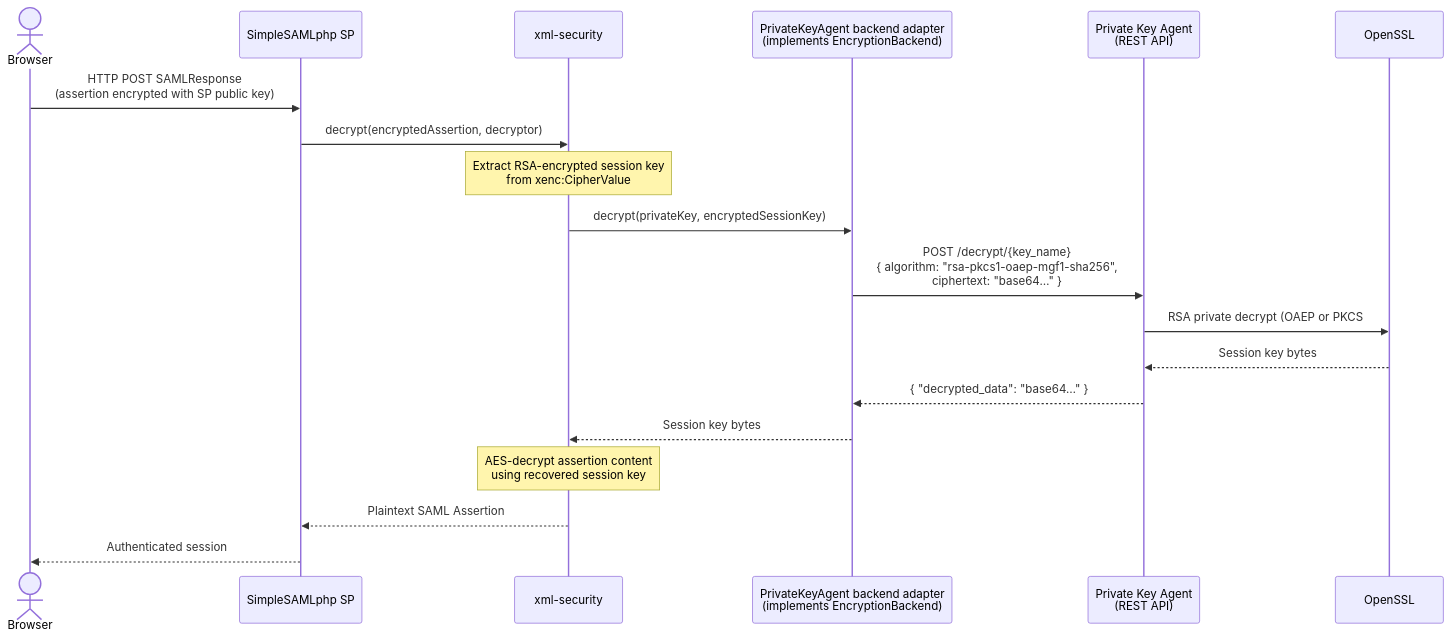
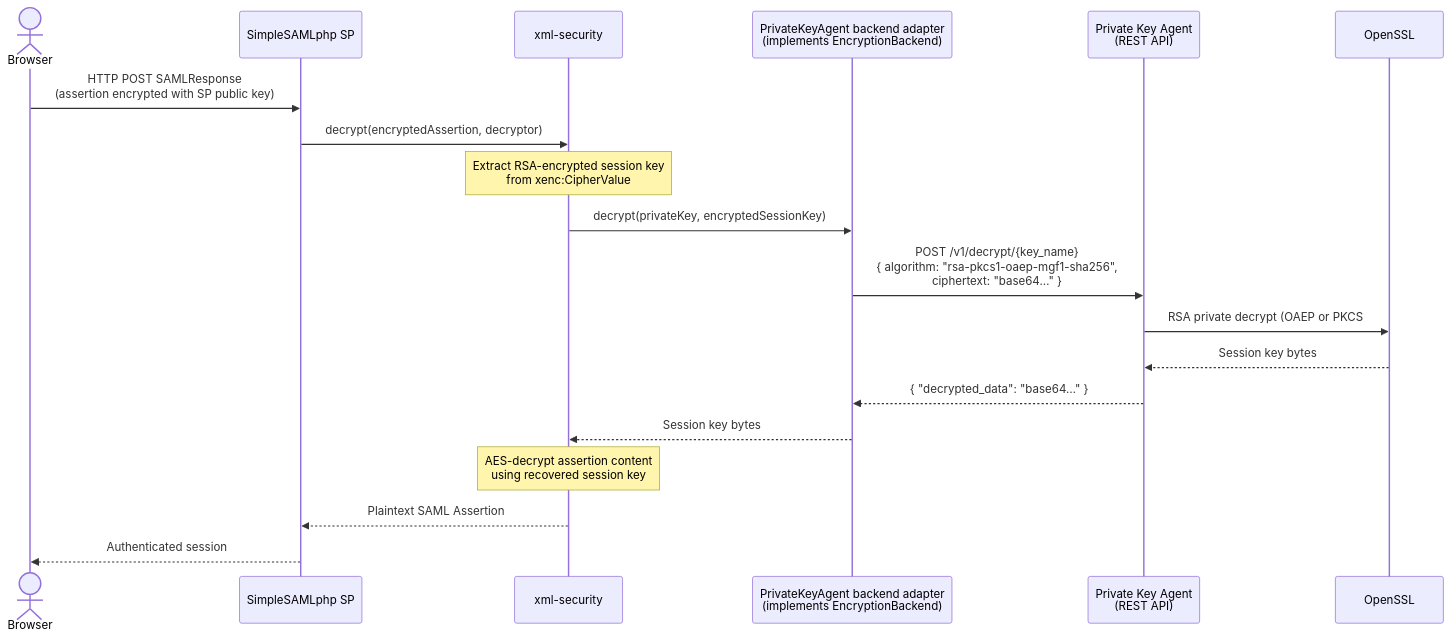
One commit to OpenConext/OpenConext-private-key-agent changed the second of 3 diagrams in docs/DESIGN-SPECIFICATION.md. Above: the diagram before and after it, drawn with Mermaid. The commit also changed other lines of this file and 18 other files, not shown here.

````diff
--- a/docs/DESIGN-SPECIFICATION.md
+++ b/docs/DESIGN-SPECIFICATION.md
@@ -80,22 +80,22 @@
 ```mermaid
 sequenceDiagram
     actor Browser
     participant SP as SimpleSAMLphp SP
     participant XMLSec as xml-security
     participant Adapter as PrivateKeyAgent backend adapter<br/>(implements EncryptionBackend)
     participant Agent as Private Key Agent<br/>(REST API)
     participant Backend as OpenSSL
 
     Browser->>SP: HTTP POST SAMLResponse<br/>(assertion encrypted with SP public key)
     SP->>XMLSec: decrypt(encryptedAssertion, decryptor)
     Note over XMLSec: Extract RSA-encrypted session key<br/>from xenc:CipherValue
     XMLSec->>Adapter: decrypt(privateKey, encryptedSessionKey)
-    Adapter->>Agent: POST /decrypt/{key_name}<br/>{ algorithm: "rsa-pkcs1-oaep-mgf1-sha256",<br/>  ciphertext: "base64…" }
+    Adapter->>Agent: POST /v1/decrypt/{key_name}<br/>{ algorithm: "rsa-pkcs1-oaep-mgf1-sha256",<br/>  ciphertext: "base64…" }
     Agent->>Backend: RSA private decrypt (OAEP or PKCS#1 v1.5)
     Backend-->>Agent: Session key bytes
     Agent-->>Adapter: { "decrypted_data": "base64…" }
     Adapter-->>XMLSec: Session key bytes
     Note over XMLSec: AES-decrypt assertion content<br/>using recovered session key
     XMLSec-->>SP: Plaintext SAML Assertion
     SP-->>Browser: Authenticated session
 ```
````
